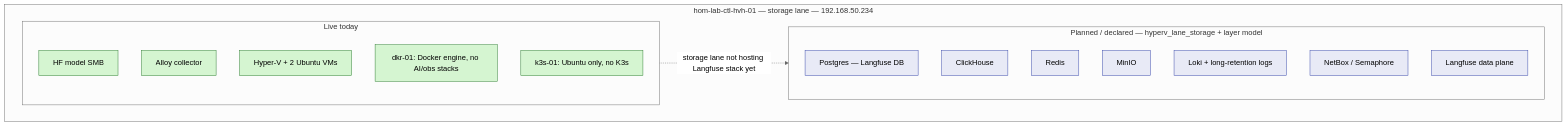
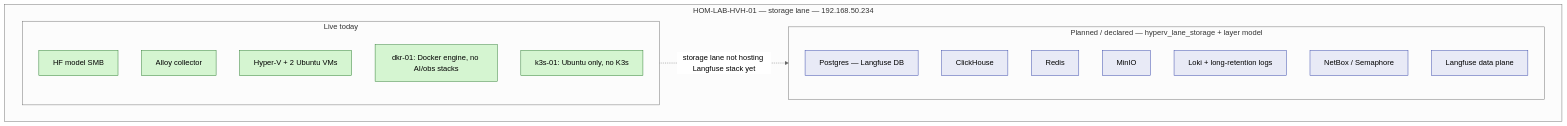
One commit to doesitscript/dotfile-vnext changed the fifth of 7 diagrams in docs/lessons-learned/lang-infra-retro/two-physical-server-langfuse-distribution-retrospective.md. Above: the diagram before and after it, drawn with Mermaid (neutral theme). The commit also changed other lines of this file and 271 other files, not shown here.

First line of the commit message:
Rename schema dropping middle ctl and update HOM-LAB-CTL-HVH-01

````diff
--- a/docs/lessons-learned/lang-infra-retro/two-physical-server-langfuse-distribution-retrospective.md
+++ b/docs/lessons-learned/lang-infra-retro/two-physical-server-langfuse-distribution-retrospective.md
@@ -257,29 +257,29 @@
 ```mermaid
 flowchart TB
-  subgraph hvh01 ["hom-lab-ctl-hvh-01 — storage lane — 192.168.50.234"]
+  subgraph hvh01 ["HOM-LAB-HVH-01 — storage lane — 192.168.50.234"]
     subgraph live01 ["Live today"]
       l_smb["HF model SMB"]
       l_alloy["Alloy collector"]
       l_hv["Hyper-V + 2 Ubuntu VMs"]
       l_dkr_idle["dkr-01: Docker engine, no AI/obs stacks"]
       l_k3s_idle["k3s-01: Ubuntu only, no K3s"]
     end
 
     subgraph planned01 ["Planned / declared — hyperv_lane_storage + layer model"]
       p_pg["Postgres — Langfuse DB"]
       p_ch["ClickHouse"]
       p_redis["Redis"]
       p_minio["MinIO"]
       p_loki["Loki + long-retention logs"]
       p_nb["NetBox / Semaphore"]
       p_lf["Langfuse data plane"]
     end
   end
 
   live01 -.->|"storage lane not hosting Langfuse stack yet"| planned01
 
   classDef live fill:#d5f5d1,stroke:#2e7d32,color:#000
   classDef planned fill:#e8eaf6,stroke:#3949ab,color:#000
   class l_smb,l_alloy,l_hv,l_dkr_idle,l_k3s_idle live
   class p_pg,p_ch,p_redis,p_minio,p_loki,p_nb,p_lf planned
 ```
````
